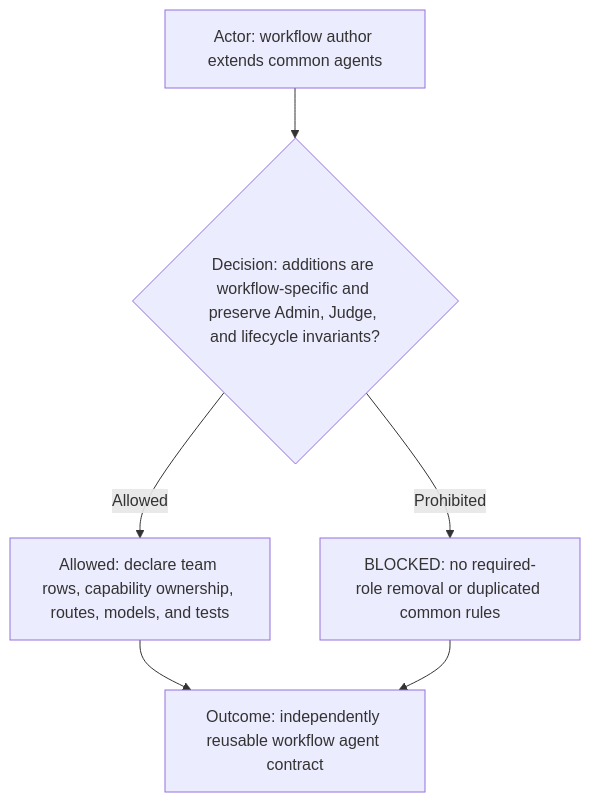
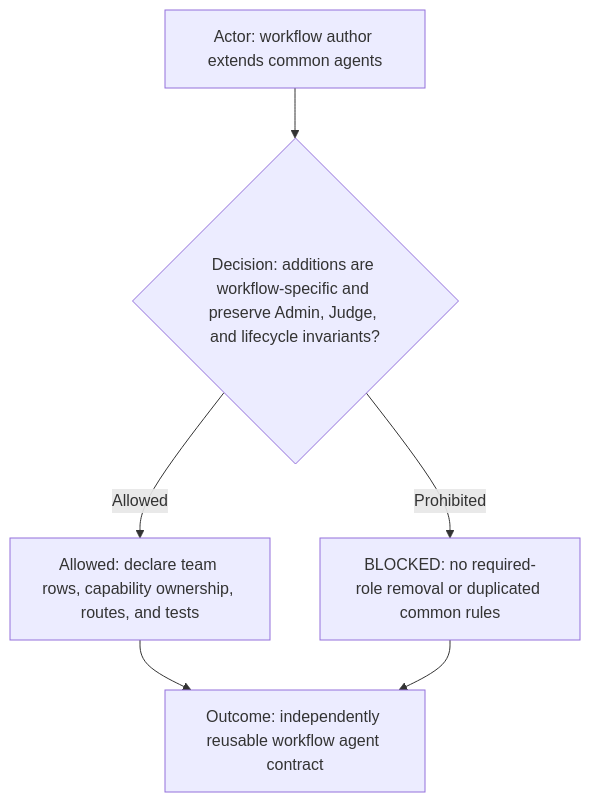
Before and after one commit to starodubtsevconsulting/ai-fleas: diagram 17 of 17 in ai-workflows/agents.md, drawn with Mermaid. The commit also changed other lines of this file and 15 other files, not shown here.

````diff
--- a/ai-workflows/agents.md
+++ b/ai-workflows/agents.md
@@ -396,8 +401,8 @@
 ```mermaid
 flowchart TD
   Actor["Actor: workflow author extends common agents"] --> Decision{"Decision: additions are workflow-specific and preserve Admin, Judge, and lifecycle invariants?"}
-  Decision -->|Allowed| Route["Allowed: declare team rows, capability ownership, routes, models, and tests"]
+  Decision -->|Allowed| Route["Allowed: declare team rows, capability ownership, routes, and tests"]
   Decision -->|Prohibited| Blocked["BLOCKED: no required-role removal or duplicated common rules"]
   Route --> Outcome["Outcome: independently reusable workflow agent contract"]
   Blocked --> Outcome
 ```
````
